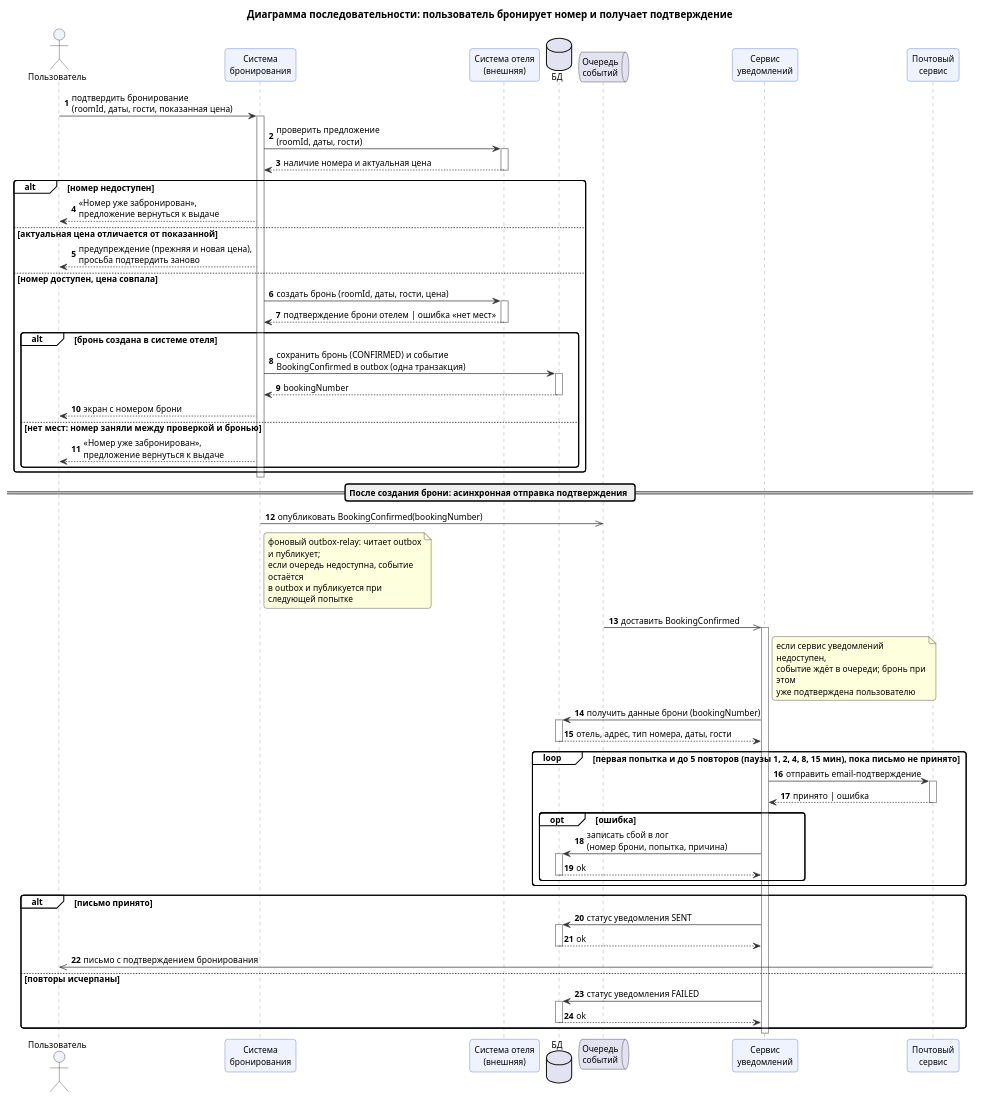
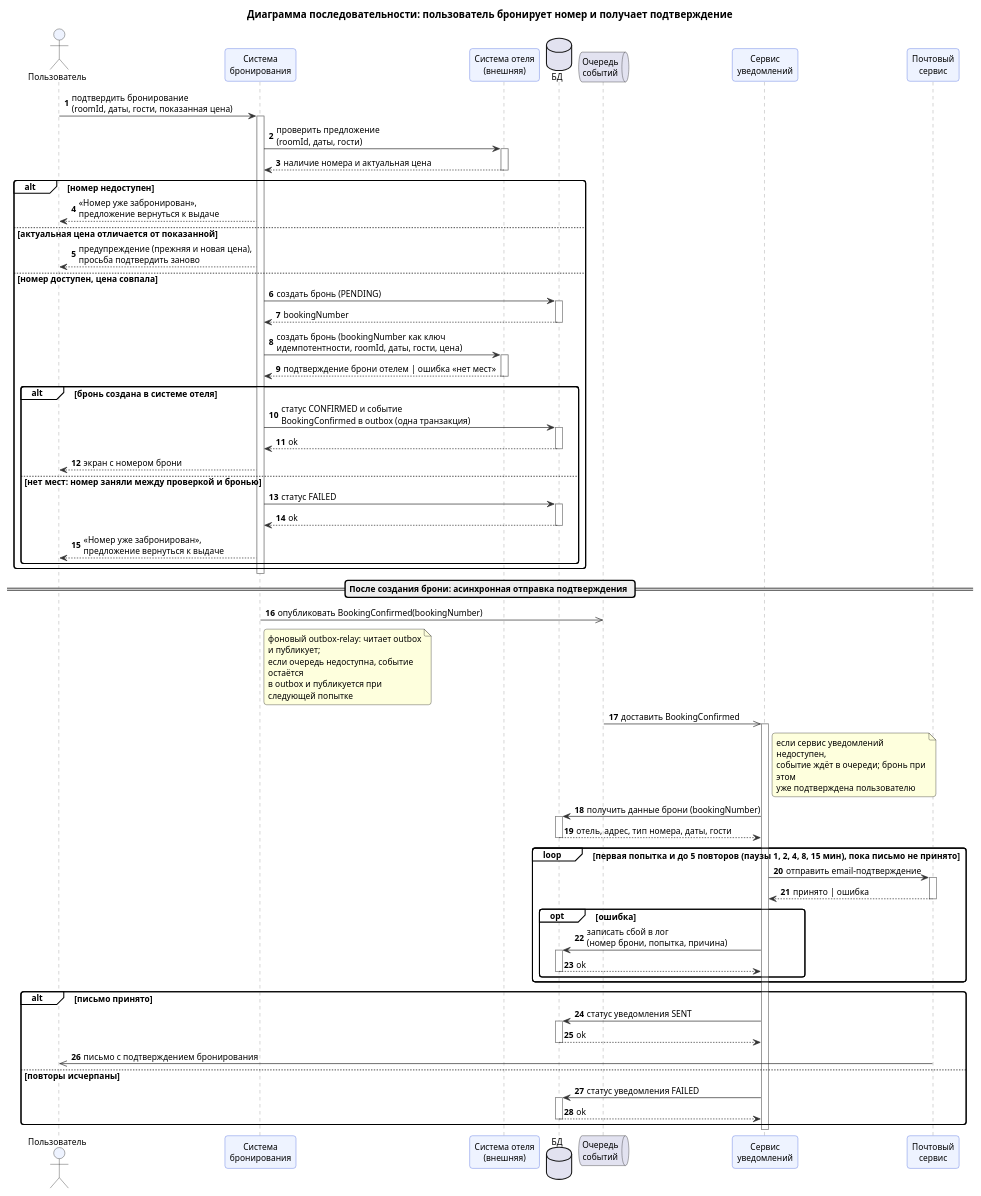
Before and after one commit to Remsely/cu-system-analysis: the diagram in hw2/1_3_sequence.puml, drawn with PlantUML. The commit also changed 1 other file, not shown here.

Commit message:
fix: persist booking as PENDING before calling the hotel
The booking is created in PENDING before the hotel reservation call,
and its number is passed as an idempotency key. On hotel confirmation
the status becomes CONFIRMED together with the outbox event; on
"no availability" it becomes FAILED. This removes the window where the
hotel holds a reservation we never stored, and matches BookingStatus
in the class diagram. Activity diagram updated accordingly.

Claude-Session: https://claude.ai/code/session_01GqxdLWzwTh89iq96gpoYoC

```diff
--- a/hw2/1_3_sequence.puml
+++ b/hw2/1_3_sequence.puml
@@ -1,97 +1,105 @@
 @startuml
 skinparam shadowing false
 skinparam defaultFontSize 12
 skinparam backgroundColor white
 skinparam roundCorner 8
 skinparam ArrowColor #333333
 skinparam wrapWidth 220
 title Диаграмма последовательности: пользователь бронирует номер и получает подтверждение
 skinparam sequence {
   ParticipantBackgroundColor #EEF3FF
   ParticipantBorderColor #3B5BDB
   ActorBackgroundColor #EEF3FF
   LifeLineBorderColor #888888
   GroupBackgroundColor #FFFFFF
 }
 autonumber "<b>0"
 actor "Пользователь" as U
 participant "Система\nбронирования" as W
 participant "Система отеля\n(внешняя)" as H
 database "БД" as DB
 queue "Очередь\nсобытий" as Q
 participant "Сервис\nуведомлений" as N
 participant "Почтовый\nсервис" as M
 
 U -> W : подтвердить бронирование\n(roomId, даты, гости, показанная цена)
 activate W
 W -> H : проверить предложение\n(roomId, даты, гости)
 activate H
 H --> W : наличие номера и актуальная цена
 deactivate H
 
 alt номер недоступен
   W --> U : «Номер уже забронирован»,\nпредложение вернуться к выдаче
 else актуальная цена отличается от показанной
   W --> U : предупреждение (прежняя и новая цена),\nпросьба подтвердить заново
 else номер доступен, цена совпала
-  W -> H : создать бронь (roomId, даты, гости, цена)
+  W -> DB : создать бронь (PENDING)
+  activate DB
+  DB --> W : bookingNumber
+  deactivate DB
+  W -> H : создать бронь (bookingNumber как ключ\nидемпотентности, roomId, даты, гости, цена)
   activate H
   H --> W : подтверждение брони отелем | ошибка «нет мест»
   deactivate H
   alt бронь создана в системе отеля
-    W -> DB : сохранить бронь (CONFIRMED) и событие\nBookingConfirmed в outbox (одна транзакция)
+    W -> DB : статус CONFIRMED и событие\nBookingConfirmed в outbox (одна транзакция)
     activate DB
-    DB --> W : bookingNumber
+    DB --> W : ok
     deactivate DB
     W --> U : экран с номером брони
   else нет мест: номер заняли между проверкой и бронью
+    W -> DB : статус FAILED
+    activate DB
+    DB --> W : ok
+    deactivate DB
     W --> U : «Номер уже забронирован»,\nпредложение вернуться к выдаче
   end
 end
 deactivate W
 
 == После создания брони: асинхронная отправка подтверждения ==
 
 W ->> Q : опубликовать BookingConfirmed(bookingNumber)
 note right of W
   фоновый outbox-relay: читает outbox и публикует;
   если очередь недоступна, событие остаётся
   в outbox и публикуется при следующей попытке
 end note
 Q ->> N : доставить BookingConfirmed
 note right of N
   если сервис уведомлений недоступен,
   событие ждёт в очереди; бронь при этом
   уже подтверждена пользователю
 end note
 activate N
 N -> DB : получить данные брони (bookingNumber)
 activate DB
 DB --> N : отель, адрес, тип номера, даты, гости
 deactivate DB
 loop первая попытка и до 5 повторов (паузы 1, 2, 4, 8, 15 мин), пока письмо не принято
   N -> M : отправить email-подтверждение
   activate M
   M --> N : принято | ошибка
   deactivate M
   opt ошибка
     N -> DB : записать сбой в лог\n(номер брони, попытка, причина)
     activate DB
     DB --> N : ok
     deactivate DB
   end
 end
 alt письмо принято
   N -> DB : статус уведомления SENT
   activate DB
   DB --> N : ok
   deactivate DB
   M ->> U : письмо с подтверждением бронирования
 else повторы исчерпаны
   N -> DB : статус уведомления FAILED
   activate DB
   DB --> N : ok
   deactivate DB
 end
 deactivate N
 @enduml
```
